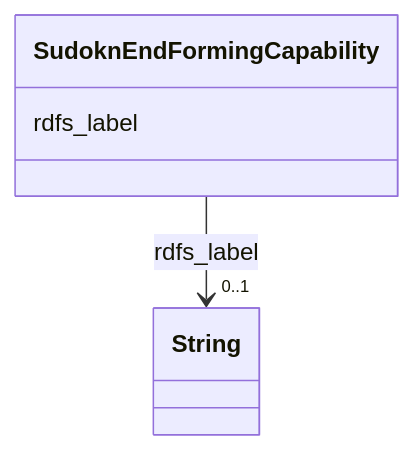
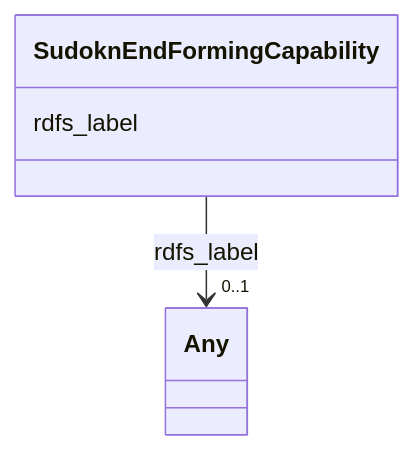
One commit to frink-okn/graph-descriptions changed the diagram in sudokn-kg/classes/SudoknEndFormingCapability.md. Above: the diagram before and after it, drawn with Mermaid. The commit also changed other lines of this file and 903 other files, not shown here.

````diff
--- a/sudokn-kg/classes/SudoknEndFormingCapability.md
+++ b/sudokn-kg/classes/SudoknEndFormingCapability.md
@@ -23,15 +18,15 @@
 ```mermaid
  classDiagram
     class SudoknEndFormingCapability
     click SudoknEndFormingCapability href "../SudoknEndFormingCapability"
       SudoknEndFormingCapability : rdfs_label
         
           
     
     
-    SudoknEndFormingCapability --> "0..1" String : rdfs_label
-    click String href "../String"
+    SudoknEndFormingCapability --> "0..1" Any : rdfs_label
+    click Any href "../Any"
 
         
       
 ```
````
